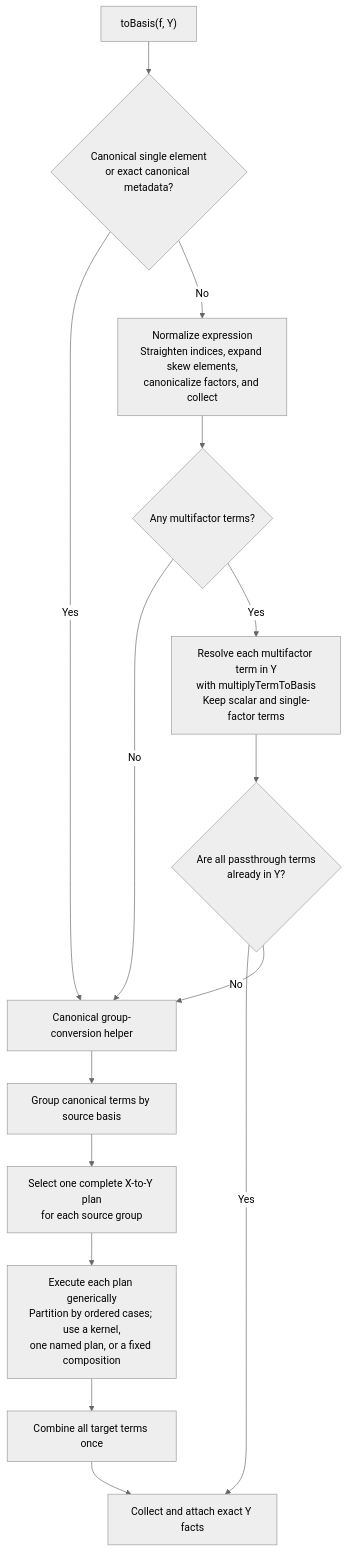
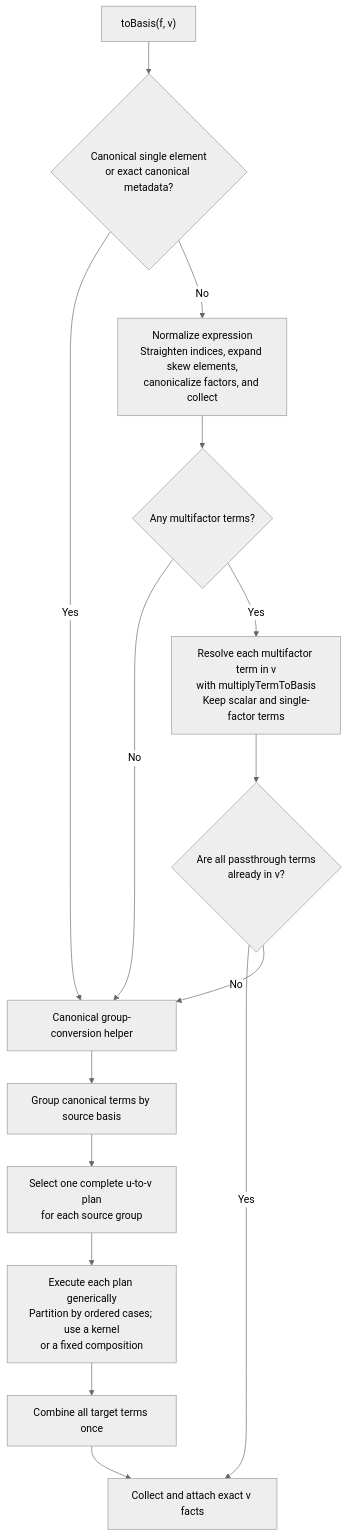
Before and after one commit to j-graf/M2: the first of 5 diagrams in M2/Macaulay2/e/symmetric-rings/README-pipelines.md, drawn with Mermaid (neutral theme). The commit also changed other lines of this file and 12 other files, not shown here.

````diff
--- a/M2/Macaulay2/e/symmetric-rings/README-pipelines.md
+++ b/M2/Macaulay2/e/symmetric-rings/README-pipelines.md
@@ -18,21 +170,21 @@
 ```mermaid
 flowchart TD
-    A["toBasis(f, Y)"] --> B{"Canonical single element<br/>or exact canonical metadata?"}
+    A["toBasis(f, v)"] --> B{"Canonical single element<br/>or exact canonical metadata?"}
 
     B -->|"Yes"| G["Canonical group-conversion helper"]
     B -->|"No"| C["Normalize expression<br/>Straighten indices, expand skew elements,<br/>canonicalize factors, and collect"]
 
     C --> D{"Any multifactor terms?"}
     D -->|"No"| G
-    D -->|"Yes"| E["Resolve each multifactor term in Y<br/>with multiplyTermToBasis<br/>Keep scalar and single-factor terms"]
+    D -->|"Yes"| E["Resolve each multifactor term in v<br/>with multiplyTermToBasis<br/>Keep scalar and single-factor terms"]
 
-    E --> F{"Are all passthrough terms<br/>already in Y?"}
-    F -->|"Yes"| R["Collect and attach exact Y facts"]
+    E --> F{"Are all passthrough terms<br/>already in v?"}
+    F -->|"Yes"| R["Collect and attach exact v facts"]
     F -->|"No"| G
 
     G --> H["Group canonical terms by source basis"]
-    H --> L["Select one complete X-to-Y plan<br/>for each source group"]
-    L --> M["Execute each plan generically<br/>Partition by ordered cases; use a kernel,<br/>one named plan, or a fixed composition"]
+    H --> L["Select one complete u-to-v plan<br/>for each source group"]
+    L --> M["Execute each plan generically<br/>Partition by ordered cases; use a kernel<br/>or a fixed composition"]
     M --> N["Combine all target terms once"]
     N --> R
 ```
````
